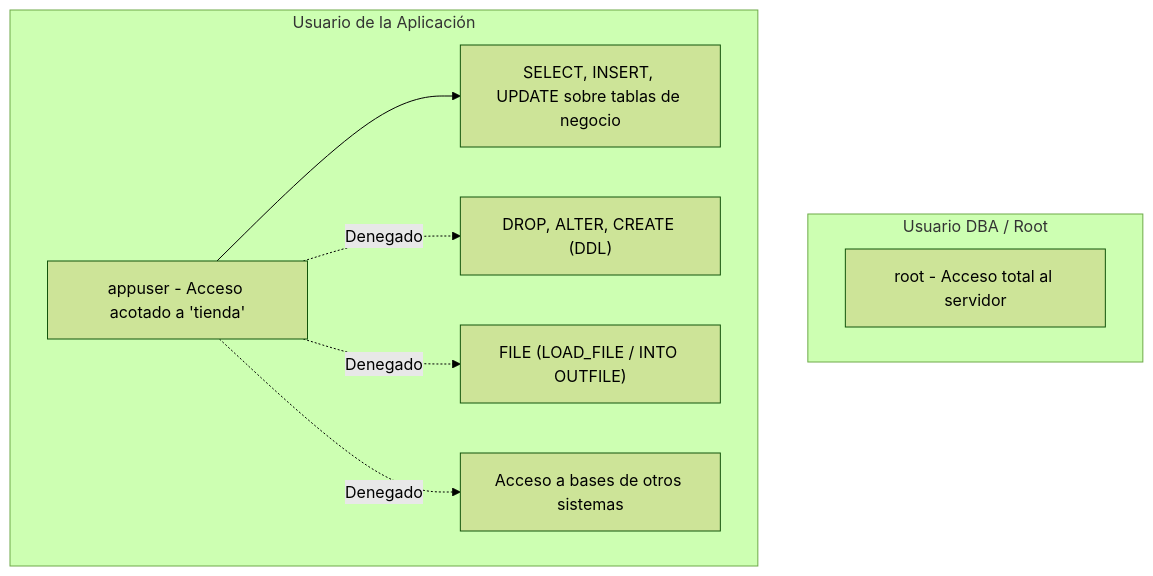
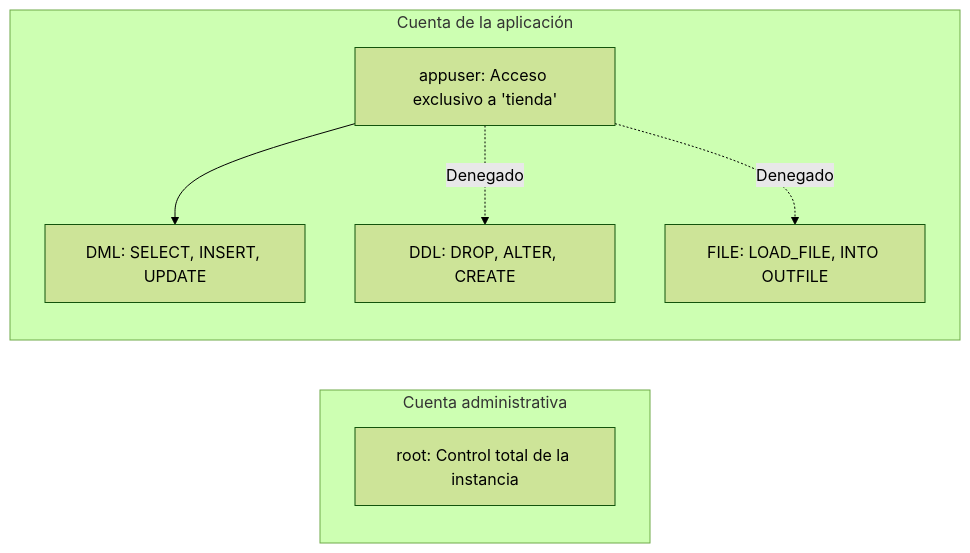
Before and after one commit to purpesec/Cybersecurity-For-Beginners: the third of 3 diagrams in pentesting-web/05-defensa-en-profundidad-y-mitigaciones/README.md, drawn with Mermaid (forest theme). The commit also changed other lines of this file and 5 other files, not shown here.

````diff
--- a/pentesting-web/05-defensa-en-profundidad-y-mitigaciones/README.md
+++ b/pentesting-web/05-defensa-en-profundidad-y-mitigaciones/README.md
@@ -152,13 +146,12 @@
 ```mermaid
-flowchart TD
-    subgraph Usuario DBA / Root
-        R[root - Acceso total al servidor]
+flowchart LR
+    subgraph PRIV_ADMIN["Cuenta administrativa"]
+        R["root: Control total de la instancia"]
     end
-    subgraph Usuario de la Aplicación
-        A["appuser - Acceso acotado a 'tienda'"]
-        A --> P1["SELECT, INSERT, UPDATE sobre tablas de negocio"]
-        A -. Denegado .-> P2["DROP, ALTER, CREATE (DDL)"]
-        A -. Denegado .-> P3["FILE (LOAD_FILE / INTO OUTFILE)"]
-        A -. Denegado .-> P4["Acceso a bases de otros sistemas"]
+    subgraph PRIV_APP["Cuenta de la aplicación"]
+        A["appuser: Acceso exclusivo a 'tienda'"]
+        A --> P1["DML: SELECT, INSERT, UPDATE"]
+        A -.->|Denegado| P2["DDL: DROP, ALTER, CREATE"]
+        A -.->|Denegado| P3["FILE: LOAD_FILE, INTO OUTFILE"]
     end
 ```
````
